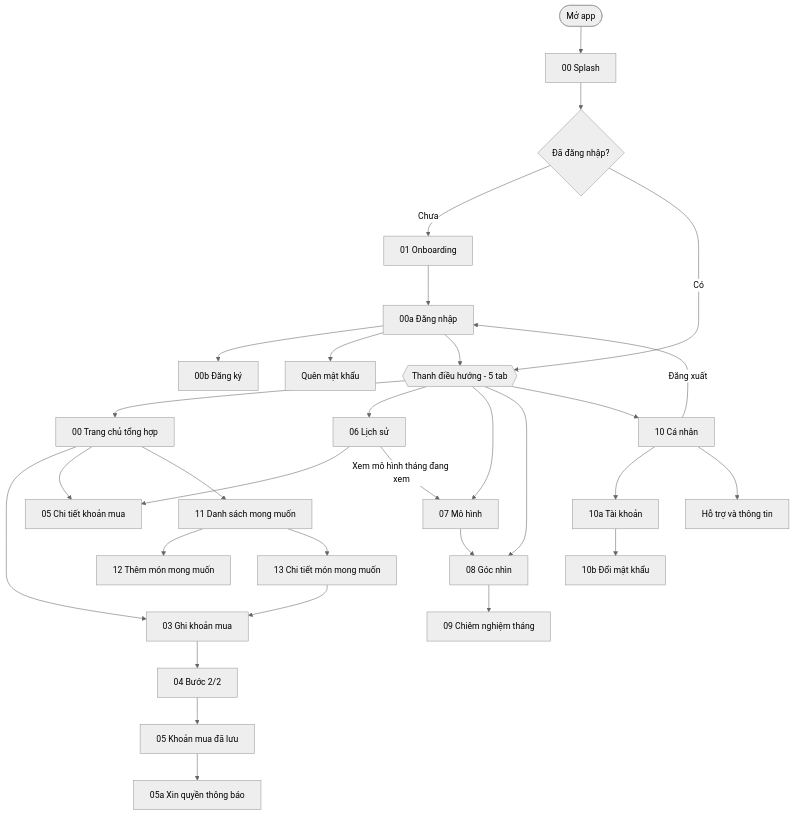
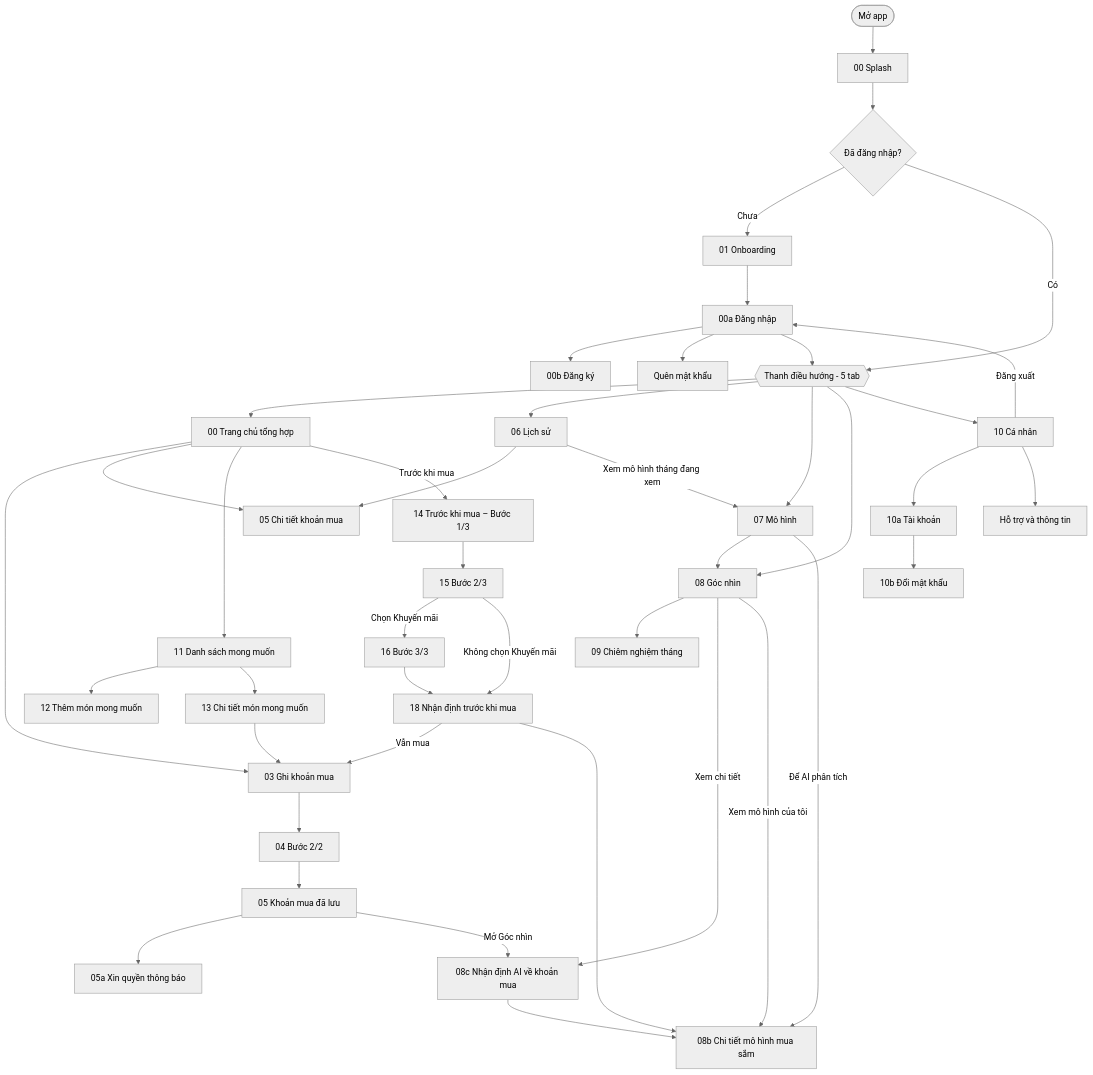
One commit to hoanghuan2005/prm393_lab02 changed the first of 11 diagrams in ux/user-flow.md. Above: the diagram before and after it, drawn with Mermaid (neutral theme). The commit also changed other lines of this file and 7 other files, not shown here.

````diff
--- a/ux/user-flow.md
+++ b/ux/user-flow.md
@@ -39,28 +48,38 @@
 ```mermaid
 flowchart TD
     Open([Mở app]) --> S00[00 Splash]
     S00 --> Logged{Đã đăng nhập?}
     Logged -->|Chưa| S01[01 Onboarding] --> Login[00a Đăng nhập]
     Login --> Reg[00b Đăng ký]
     Login --> Forgot[Quên mật khẩu]
     Logged -->|Có| NAV{{Thanh điều hướng - 5 tab}}
     Login --> NAV
     NAV --> S02[00 Trang chủ tổng hợp]
     NAV --> S06[06 Lịch sử]
     NAV --> S07[07 Mô hình]
     NAV --> S08[08 Góc nhìn]
     NAV --> S10[10 Cá nhân]
     S02 --> S03[03 Ghi khoản mua] --> S04[04 Bước 2/2] --> S05s[05 Khoản mua đã lưu]
     S05s --> S05a[05a Xin quyền thông báo]
     S02 --> S05[05 Chi tiết khoản mua]
     S06 --> S05
     S07 --> S08
     S08 --> S09[09 Chiêm nghiệm tháng]
     S02 --> S11[11 Danh sách mong muốn] --> S12[12 Thêm món mong muốn]
     S11 --> S13[13 Chi tiết món mong muốn]
     S13 --> S03
     S06 -->|Xem mô hình tháng đang xem| S07
     S10 --> S10a[10a Tài khoản] --> S10b[10b Đổi mật khẩu]
     S10 --> Help[Hỗ trợ và thông tin]
     S10 -->|Đăng xuất| Login
+    S05s -->|Mở Góc nhìn| S08c[08c Nhận định AI về khoản mua]
+    S08 -->|Xem chi tiết| S08c
+    S07 -->|Để AI phân tích| S08b[08b Chi tiết mô hình mua sắm]
+    S08 -->|Xem mô hình của tôi| S08b
+    S08c --> S08b
+    S02 -->|Trước khi mua| S14[14 Trước khi mua – Bước 1/3] --> S15[15 Bước 2/3]
+    S15 -->|Chọn Khuyến mãi| S16[16 Bước 3/3] --> S18[18 Nhận định trước khi mua]
+    S15 -->|Không chọn Khuyến mãi| S18
+    S18 -->|Vẫn mua| S03
+    S18 --> S08b
 ```
````
